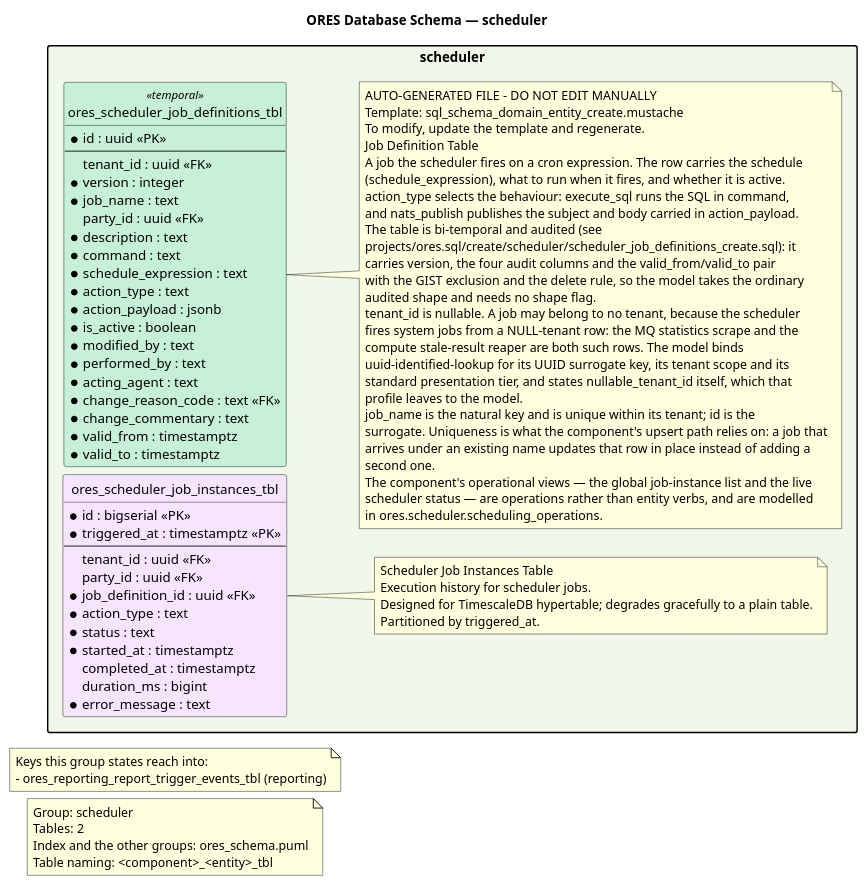
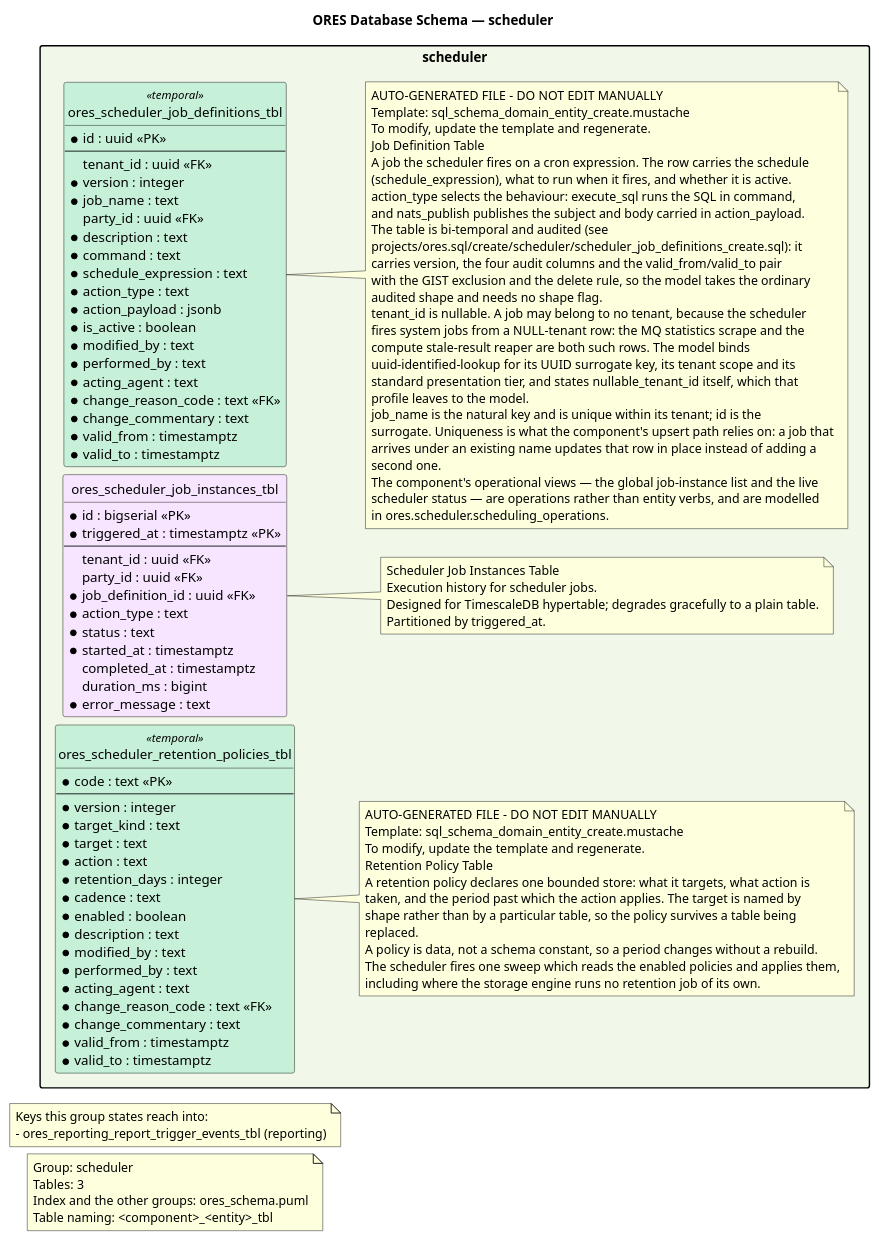
Before and after one commit to OreStudio/OreStudio: the diagram in projects/ores.sql/modeling/ores_schema.scheduler.puml, drawn with PlantUML. The commit also changed 50 other files, not shown here.

First line of the commit message:
[scheduler] Model the retention policy as data

```diff
--- a/projects/ores.sql/modeling/ores_schema.scheduler.puml
+++ b/projects/ores.sql/modeling/ores_schema.scheduler.puml
@@ -21,112 +21,146 @@
 @startuml
 
 title ORES Database Schema — scheduler
 hide circle
 skinparam linetype ortho
 
 ' Layout: left-to-right stacks packages vertically
 left to right direction
 skinparam packageStyle rectangle
 skinparam nodesep 8
 skinparam ranksep 20
 
 note as GroupNote
 Group: scheduler
-Tables: 2
+Tables: 3
 Index and the other groups: ores_schema.puml
 Table naming: <component>_<entity>_tbl
 end note
 
 note as OtherGroups
 Keys this group states reach into:
 - ores_reporting_report_trigger_events_tbl (reporting)
 end note
 
 '
 ' ==================== scheduler (Job Scheduler) ====================
 '
 package "scheduler" #F1F8E9 {
     entity ores_scheduler_job_definitions_tbl <<temporal>> #C6F0D8 {
         * id : uuid <<PK>>
         --
           tenant_id : uuid <<FK>>
         * version : integer
         * job_name : text
           party_id : uuid <<FK>>
         * description : text
         * command : text
         * schedule_expression : text
         * action_type : text
         * action_payload : jsonb
         * is_active : boolean
         * modified_by : text
         * performed_by : text
         * acting_agent : text
         * change_reason_code : text <<FK>>
         * change_commentary : text
         * valid_from : timestamptz
         * valid_to : timestamptz
     }
 
     note right of ores_scheduler_job_definitions_tbl
     AUTO-GENERATED FILE - DO NOT EDIT MANUALLY
     Template: sql_schema_domain_entity_create.mustache
     To modify, update the template and regenerate.
     Job Definition Table
     A job the scheduler fires on a cron expression. The row carries the schedule
     (schedule_expression), what to run when it fires, and whether it is active.
     action_type selects the behaviour: execute_sql runs the SQL in command,
     and nats_publish publishes the subject and body carried in action_payload.
     The table is bi-temporal and audited (see
     projects/ores.sql/create/scheduler/scheduler_job_definitions_create.sql): it
     carries version, the four audit columns and the valid_from/valid_to pair
     with the GIST exclusion and the delete rule, so the model takes the ordinary
     audited shape and needs no shape flag.
     tenant_id is nullable. A job may belong to no tenant, because the scheduler
     fires system jobs from a NULL-tenant row: the MQ statistics scrape and the
     compute stale-result reaper are both such rows. The model binds
     uuid-identified-lookup for its UUID surrogate key, its tenant scope and its
     standard presentation tier, and states nullable_tenant_id itself, which that
     profile leaves to the model.
     job_name is the natural key and is unique within its tenant; id is the
     surrogate. Uniqueness is what the component's upsert path relies on: a job that
     arrives under an existing name updates that row in place instead of adding a
     second one.
     The component's operational views — the global job-instance list and the live
     scheduler status — are operations rather than entity verbs, and are modelled
     in ores.scheduler.scheduling_operations.
     end note
 
     entity ores_scheduler_job_instances_tbl  #F7E5FF {
         * id : bigserial <<PK>>
         * triggered_at : timestamptz <<PK>>
         --
           tenant_id : uuid <<FK>>
           party_id : uuid <<FK>>
         * job_definition_id : uuid <<FK>>
         * action_type : text
         * status : text
         * started_at : timestamptz
           completed_at : timestamptz
           duration_ms : bigint
         * error_message : text
     }
 
     note right of ores_scheduler_job_instances_tbl
     Scheduler Job Instances Table
     Execution history for scheduler jobs.
     Designed for TimescaleDB hypertable; degrades gracefully to a plain table.
     Partitioned by triggered_at.
     end note
 
+    entity ores_scheduler_retention_policies_tbl <<temporal>> #C6F0D8 {
+        * code : text <<PK>>
+        --
+        * version : integer
+        * target_kind : text
+        * target : text
+        * action : text
+        * retention_days : integer
+        * cadence : text
+        * enabled : boolean
+        * description : text
+        * modified_by : text
+        * performed_by : text
+        * acting_agent : text
+        * change_reason_code : text <<FK>>
+        * change_commentary : text
+        * valid_from : timestamptz
+        * valid_to : timestamptz
+    }
+
+    note right of ores_scheduler_retention_policies_tbl
+    AUTO-GENERATED FILE - DO NOT EDIT MANUALLY
+    Template: sql_schema_domain_entity_create.mustache
+    To modify, update the template and regenerate.
+    Retention Policy Table
+    A retention policy declares one bounded store: what it targets, what action is
+    taken, and the period past which the action applies. The target is named by
+    shape rather than by a particular table, so the policy survives a table being
+    replaced.
+    A policy is data, not a schema constant, so a period changes without a rebuild.
+    The scheduler fires one sweep which reads the enabled policies and applies them,
+    including where the storage engine runs no retention job of its own.
+    end note
+
 }
 
 
 '
 ' ==================== Relationships ====================
 '
 
 ' Local Variables:
 ' compile-command: "java -Djava.awt.headless=true -DPLANTUML_LIMIT_SIZE=131072 -jar /usr/share/plantuml/plantuml.jar ores_schema.scheduler.puml"
 ' End:
 @enduml
```
